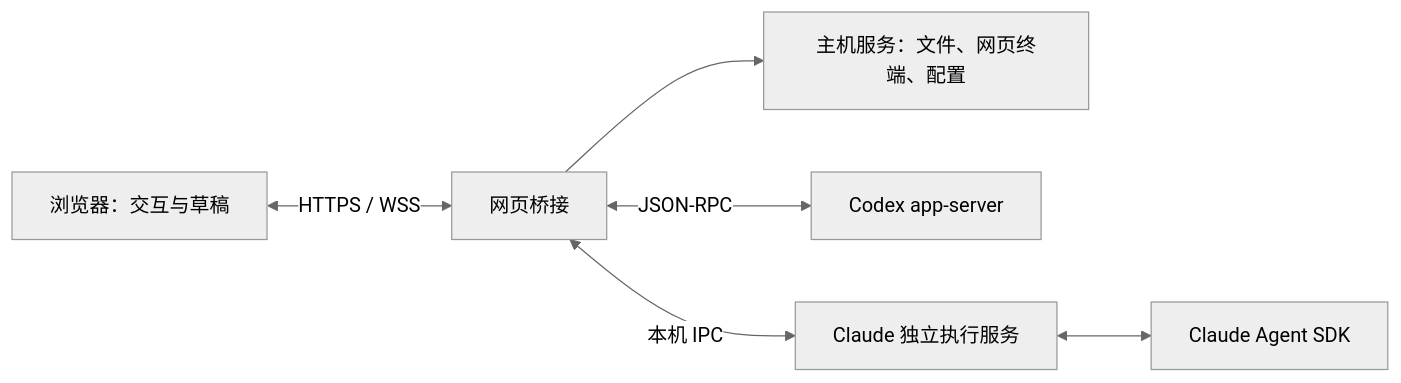
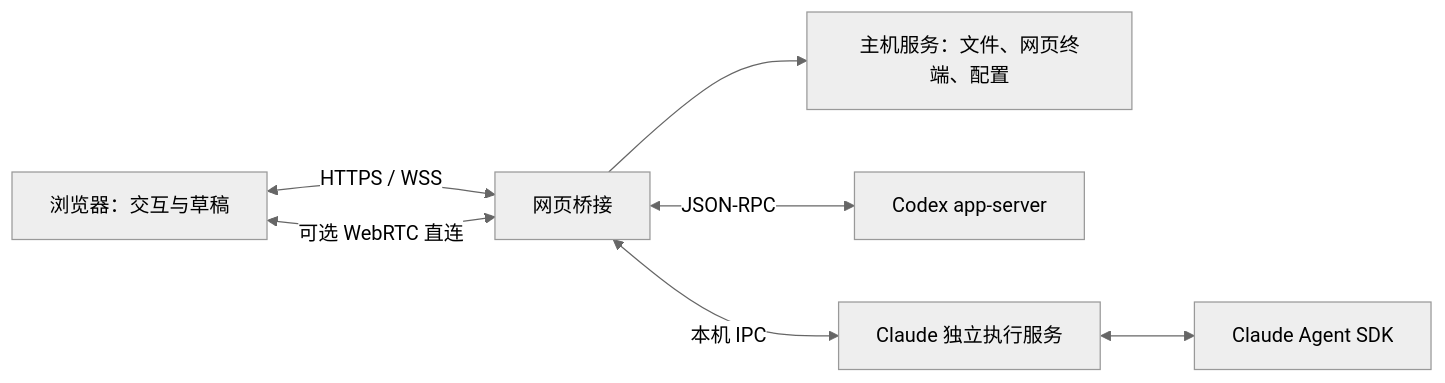
Before and after one commit to hjd-hitsz/claudex-web: the diagram in docs/architecture.md, drawn with Mermaid (neutral theme). The commit also changed other lines of this file and 46 other files, not shown here.

````diff
--- a/docs/architecture.md
+++ b/docs/architecture.md
@@ -9,8 +9,9 @@
 ```mermaid
 flowchart LR
   Browser[浏览器：交互与草稿] <-->|HTTPS / WSS| Web[网页桥接]
+  Browser <-->|可选 WebRTC 直连| Web
   Web --> Host[主机服务：文件、网页终端、配置]
   Web <-->|JSON-RPC| Codex[Codex app-server]
   Web <-->|本机 IPC| Worker[Claude 独立执行服务]
   Worker <--> SDK[Claude Agent SDK]
 ```
````
